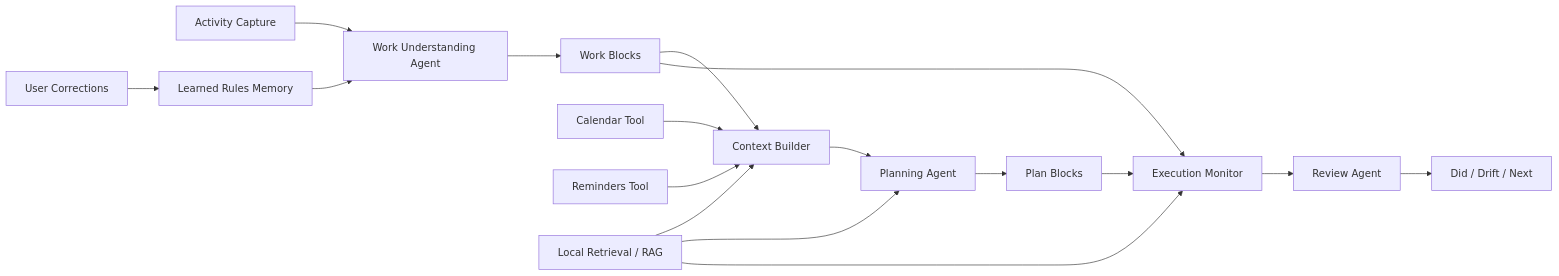
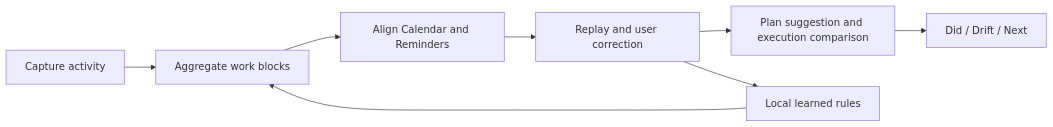
One commit to aurumltd/Trace_V3_showcase changed the first of 2 diagrams in docs/portfolio-case-study-en.md. Above: the diagram before and after it, drawn with Mermaid. The commit also changed other lines of this file and 8 other files, not shown here.

````diff
--- a/docs/portfolio-case-study-en.md
+++ b/docs/portfolio-case-study-en.md
@@ -127,19 +101,10 @@
 ```mermaid
 flowchart LR
-  A[Activity Capture] --> B[Work Understanding Agent]
-  B --> C[Work Blocks]
-  D[Calendar Tool] --> E[Context Builder]
-  F[Reminders Tool] --> E
-  G[Learned Rules Memory] --> B
-  R[Local Retrieval / RAG] --> E
-  R --> H[Planning Agent]
-  R --> J[Execution Monitor]
-  C --> E
-  E --> H[Planning Agent]
-  H --> I[Plan Blocks]
-  I --> J[Execution Monitor]
-  C --> J
-  J --> K[Review Agent]
-  K --> L[Did / Drift / Next]
-  M[User Corrections] --> G
+  A[Capture activity] --> B[Aggregate work blocks]
+  B --> C[Align Calendar and Reminders]
+  C --> D[Replay and user correction]
+  D --> E[Plan suggestion and execution comparison]
+  E --> F[Did / Drift / Next]
+  D --> G[Local learned rules]
+  G --> B
 ```
````
